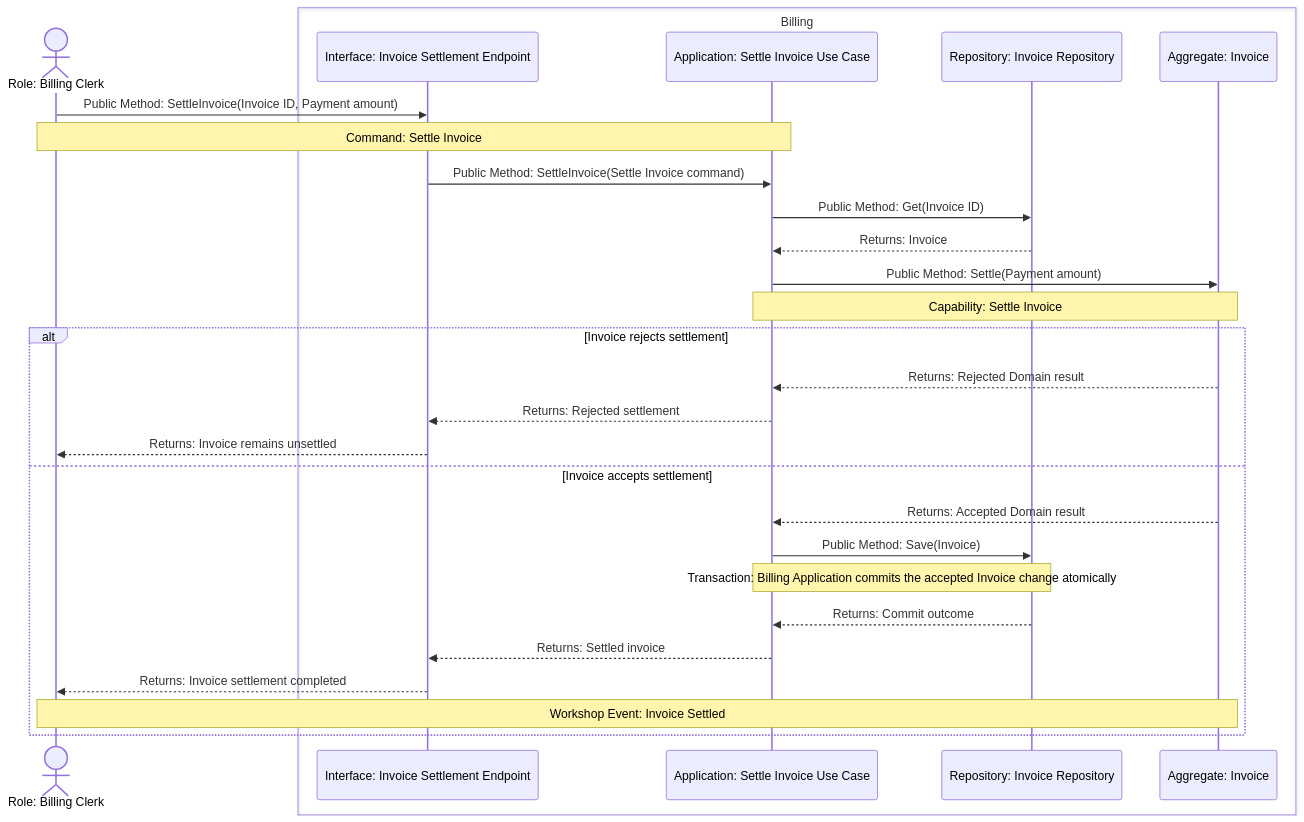
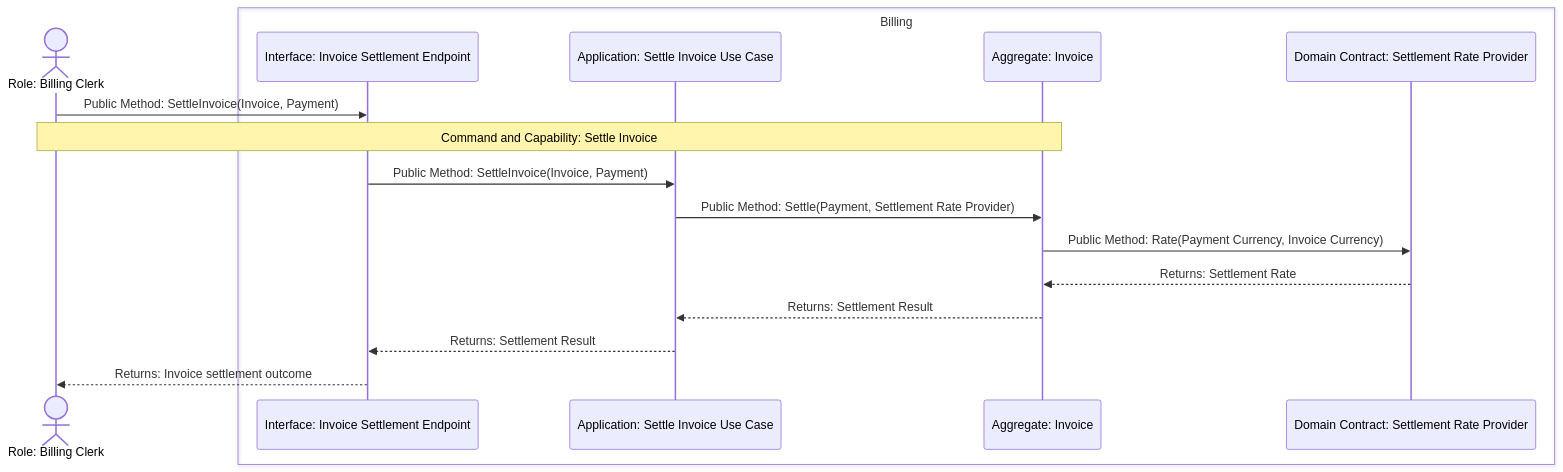
Before and after one commit to jacexh/skill-workshop: the second of 2 diagrams in evals/ddd-expert/cases/tactical-design-confirmed-architecture-projection/workspace/docs/ddd-expert/tactical-design/settle-invoice.md, drawn with Mermaid. The commit also changed other lines of this file and 90 other files, not shown here.

````diff
--- a/evals/ddd-expert/cases/tactical-design-confirmed-architecture-projection/workspace/docs/ddd-expert/tactical-design/settle-invoice.md
+++ b/evals/ddd-expert/cases/tactical-design-confirmed-architecture-projection/workspace/docs/ddd-expert/tactical-design/settle-invoice.md
@@ -13,31 +61,20 @@
 ```mermaid
 sequenceDiagram
     actor Clerk as Role: Billing Clerk
     box Billing
         participant Interface as Interface: Invoice Settlement Endpoint
         participant Application as Application: Settle Invoice Use Case
-        participant Repository as Repository: Invoice Repository
         participant Invoice as Aggregate: Invoice
+        participant Rates as Domain Contract: Settlement Rate Provider
     end
 
-    Clerk->>Interface: Public Method: SettleInvoice(Invoice ID, Payment amount)
-    Note over Clerk,Application: Command: Settle Invoice
-    Interface->>Application: Public Method: SettleInvoice(Settle Invoice command)
-    Application->>Repository: Public Method: Get(Invoice ID)
-    Repository-->>Application: Returns: Invoice
-    Application->>Invoice: Public Method: Settle(Payment amount)
-    Note over Application,Invoice: Capability: Settle Invoice
-    alt Invoice rejects settlement
-        Invoice-->>Application: Returns: Rejected Domain result
-        Application-->>Interface: Returns: Rejected settlement
-        Interface-->>Clerk: Returns: Invoice remains unsettled
-    else Invoice accepts settlement
-        Invoice-->>Application: Returns: Accepted Domain result
-        Application->>Repository: Public Method: Save(Invoice)
-        Note over Application,Repository: Transaction: Billing Application commits the accepted Invoice change atomically
-        Repository-->>Application: Returns: Commit outcome
-        Application-->>Interface: Returns: Settled invoice
-        Interface-->>Clerk: Returns: Invoice settlement completed
-        Note over Clerk,Invoice: Workshop Event: Invoice Settled
-    end
+    Clerk->>Interface: Public Method: SettleInvoice(Invoice, Payment)
+    Note over Clerk,Invoice: Command and Capability: Settle Invoice
+    Interface->>Application: Public Method: SettleInvoice(Invoice, Payment)
+    Application->>Invoice: Public Method: Settle(Payment, Settlement Rate Provider)
+    Invoice->>Rates: Public Method: Rate(Payment Currency, Invoice Currency)
+    Rates-->>Invoice: Returns: Settlement Rate
+    Invoice-->>Application: Returns: Settlement Result
+    Application-->>Interface: Returns: Settlement Result
+    Interface-->>Clerk: Returns: Invoice settlement outcome
 ```
````
